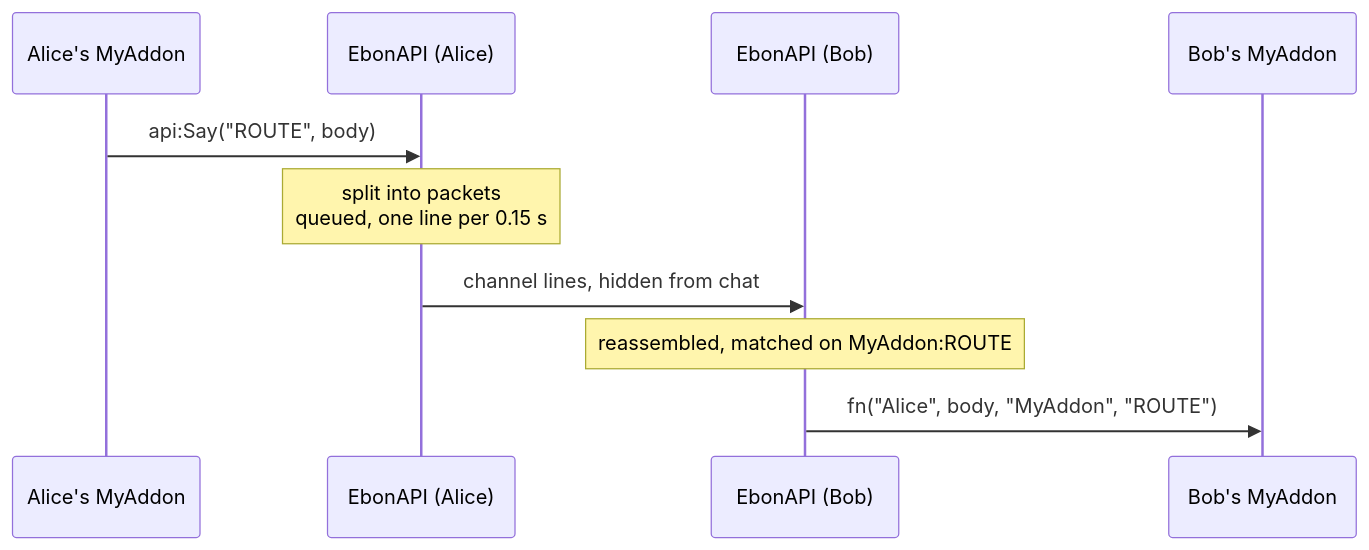
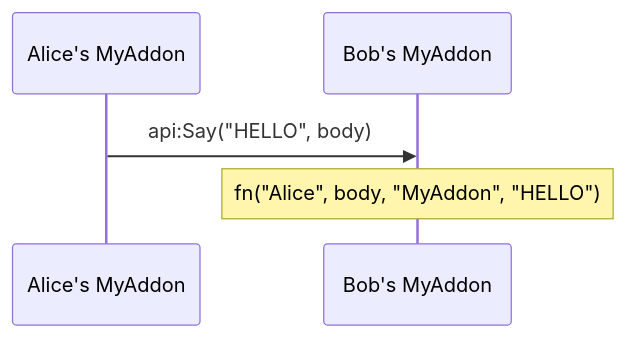
The diagram in Documentation/guides/channel.md (Siphelis/EbonAPI), drawn with Mermaid before and after one commit. The commit also changed other lines of this file and 45 other files, not shown here.

````diff
--- a/Documentation/guides/channel.md
+++ b/Documentation/guides/channel.md
@@ -28,12 +33,7 @@
 ```mermaid
 sequenceDiagram
     participant Alice as Alice's MyAddon
-    participant EA as EbonAPI (Alice)
-    participant EB as EbonAPI (Bob)
     participant Bob as Bob's MyAddon
-    Alice->>EA: api:Say("ROUTE", body)
-    Note over EA: split into packets<br/>queued, one line per 0.15 s
-    EA->>EB: channel lines, hidden from chat
-    Note over EB: reassembled, matched on MyAddon:ROUTE
-    EB->>Bob: fn("Alice", body, "MyAddon", "ROUTE")
+    Alice->>Bob: api:Say("HELLO", body)
+    Note over Bob: fn("Alice", body, "MyAddon", "HELLO")
 ```
````
